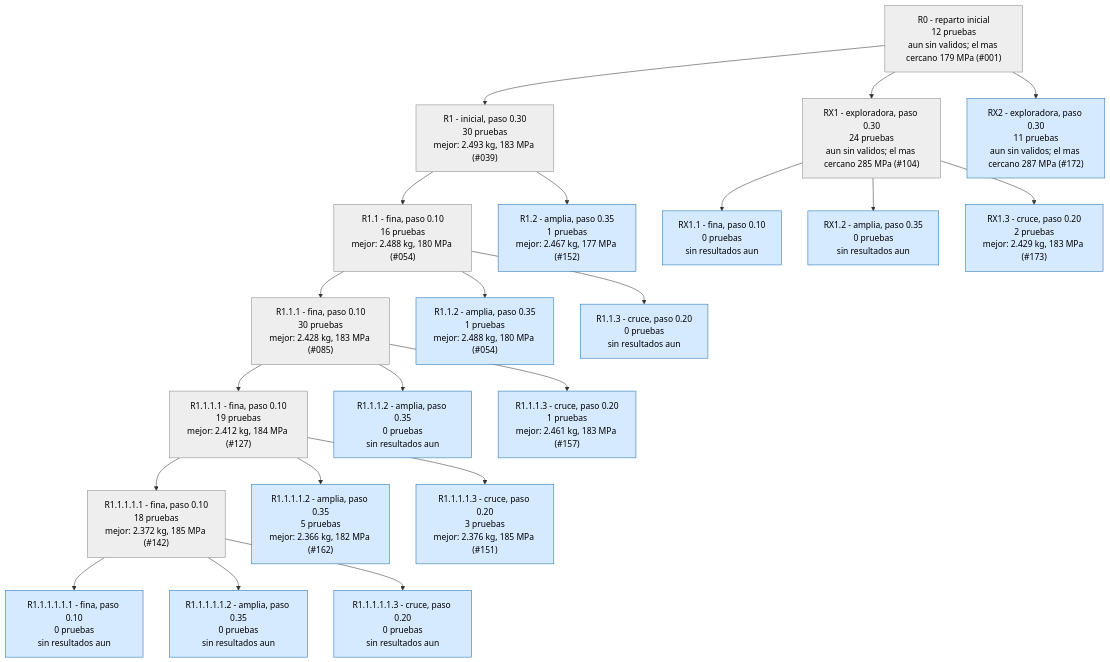
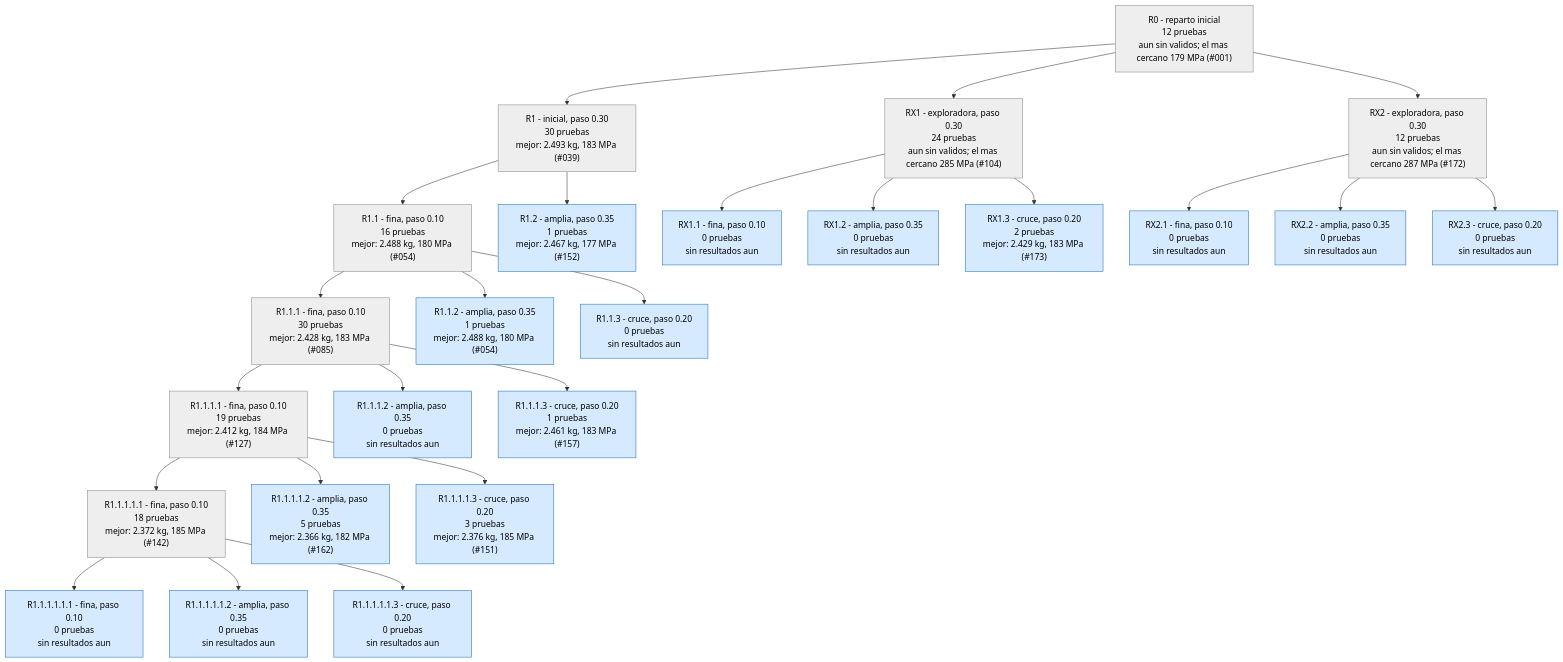
Before and after one commit to Hugiko/msd-soporte-optimizacion: the second of 4 diagrams in runs/opt_37800N/ARBOL.md, drawn with Mermaid. The commit also changed 21 other files, not shown here.

````diff
--- a/runs/opt_37800N/ARBOL.md
+++ b/runs/opt_37800N/ARBOL.md
@@ -29,47 +29,53 @@
 ```mermaid
 graph TD
 classDef activa fill:#d6eaff,stroke:#1f6fb5,color:#000
 classDef fin fill:#eeeeee,stroke:#888,color:#000
 classDef mejor fill:#c8f0c0,stroke:#1a9850,stroke-width:4px,color:#000
 R0["R0 - reparto inicial<br/>12 pruebas<br/>aun sin validos; el mas cercano 179 MPa (#001)"]:::fin
 R1["R1 - inicial, paso 0.30<br/>30 pruebas<br/>mejor: 2.493 kg, 183 MPa (#039)"]:::fin
 R0 --> R1
 R1_1["R1.1 - fina, paso 0.10<br/>16 pruebas<br/>mejor: 2.488 kg, 180 MPa (#054)"]:::fin
 R1 --> R1_1
 R1_2["R1.2 - amplia, paso 0.35<br/>1 pruebas<br/>mejor: 2.467 kg, 177 MPa (#152)"]:::activa
 R1 --> R1_2
 R1_1_1["R1.1.1 - fina, paso 0.10<br/>30 pruebas<br/>mejor: 2.428 kg, 183 MPa (#085)"]:::fin
 R1_1 --> R1_1_1
 R1_1_2["R1.1.2 - amplia, paso 0.35<br/>1 pruebas<br/>mejor: 2.488 kg, 180 MPa (#054)"]:::activa
 R1_1 --> R1_1_2
 R1_1_3["R1.1.3 - cruce, paso 0.20<br/>0 pruebas<br/>sin resultados aun"]:::activa
 R1_1 --> R1_1_3
 R1_1_1_1["R1.1.1.1 - fina, paso 0.10<br/>19 pruebas<br/>mejor: 2.412 kg, 184 MPa (#127)"]:::fin
 R1_1_1 --> R1_1_1_1
 R1_1_1_2["R1.1.1.2 - amplia, paso 0.35<br/>0 pruebas<br/>sin resultados aun"]:::activa
 R1_1_1 --> R1_1_1_2
 R1_1_1_3["R1.1.1.3 - cruce, paso 0.20<br/>1 pruebas<br/>mejor: 2.461 kg, 183 MPa (#157)"]:::activa
 R1_1_1 --> R1_1_1_3
 RX1["RX1 - exploradora, paso 0.30<br/>24 pruebas<br/>aun sin validos; el mas cercano 285 MPa (#104)"]:::fin
 R0 --> RX1
 RX1_1["RX1.1 - fina, paso 0.10<br/>0 pruebas<br/>sin resultados aun"]:::activa
 RX1 --> RX1_1
 RX1_2["RX1.2 - amplia, paso 0.35<br/>0 pruebas<br/>sin resultados aun"]:::activa
 RX1 --> RX1_2
 RX1_3["RX1.3 - cruce, paso 0.20<br/>2 pruebas<br/>mejor: 2.429 kg, 183 MPa (#173)"]:::activa
 RX1 --> RX1_3
 R1_1_1_1_1["R1.1.1.1.1 - fina, paso 0.10<br/>18 pruebas<br/>mejor: 2.372 kg, 185 MPa (#142)"]:::fin
 R1_1_1_1 --> R1_1_1_1_1
 R1_1_1_1_2["R1.1.1.1.2 - amplia, paso 0.35<br/>5 pruebas<br/>mejor: 2.366 kg, 182 MPa (#162)"]:::activa
 R1_1_1_1 --> R1_1_1_1_2
 R1_1_1_1_3["R1.1.1.1.3 - cruce, paso 0.20<br/>3 pruebas<br/>mejor: 2.376 kg, 185 MPa (#151)"]:::activa
 R1_1_1_1 --> R1_1_1_1_3
 R1_1_1_1_1_1["R1.1.1.1.1.1 - fina, paso 0.10<br/>0 pruebas<br/>sin resultados aun"]:::activa
 R1_1_1_1_1 --> R1_1_1_1_1_1
 R1_1_1_1_1_2["R1.1.1.1.1.2 - amplia, paso 0.35<br/>0 pruebas<br/>sin resultados aun"]:::activa
 R1_1_1_1_1 --> R1_1_1_1_1_2
 R1_1_1_1_1_3["R1.1.1.1.1.3 - cruce, paso 0.20<br/>0 pruebas<br/>sin resultados aun"]:::activa
 R1_1_1_1_1 --> R1_1_1_1_1_3
-RX2["RX2 - exploradora, paso 0.30<br/>11 pruebas<br/>aun sin validos; el mas cercano 287 MPa (#172)"]:::activa
+RX2["RX2 - exploradora, paso 0.30<br/>12 pruebas<br/>aun sin validos; el mas cercano 287 MPa (#172)"]:::fin
 R0 --> RX2
+RX2_1["RX2.1 - fina, paso 0.10<br/>0 pruebas<br/>sin resultados aun"]:::activa
+RX2 --> RX2_1
+RX2_2["RX2.2 - amplia, paso 0.35<br/>0 pruebas<br/>sin resultados aun"]:::activa
+RX2 --> RX2_2
+RX2_3["RX2.3 - cruce, paso 0.20<br/>0 pruebas<br/>sin resultados aun"]:::activa
+RX2 --> RX2_3
 ```
````
